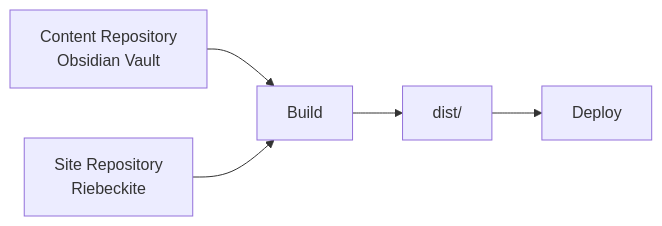
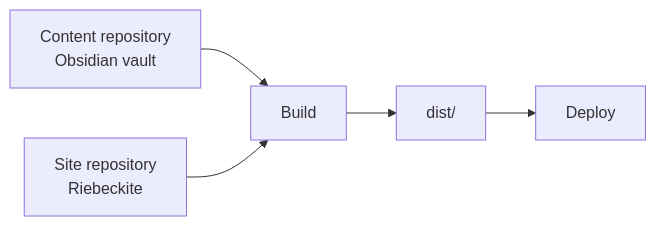
Before and after one commit to Rerurate514/riebeckite: the first of 13 diagrams in docs/docs/guides/deployment/separate-content-repository.md, drawn with Mermaid. The commit also changed other lines of this file and 604 other files, not shown here.

````diff
--- a/docs/docs/guides/deployment/separate-content-repository.md
+++ b/docs/docs/guides/deployment/separate-content-repository.md
@@ -21,13 +7,13 @@
-```mermaid id="bc2fw5"
+```mermaid
 flowchart LR
-    Vault["Content Repository<br/>Obsidian Vault"]
-    Site["Site Repository<br/>Riebeckite"]
+    Vault["Content repository<br/>Obsidian vault"]
+    Site["Site repository<br/>Riebeckite"]
     Build["Build"]
     Output["dist/"]
     Deploy["Deploy"]
 
     Vault --> Build
     Site --> Build
     Build --> Output
     Output --> Deploy
 ```
````
